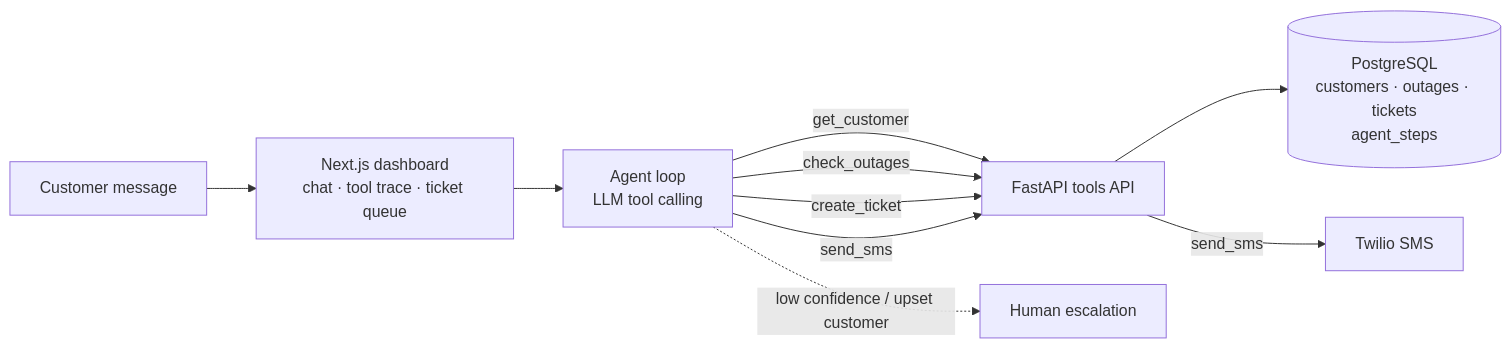
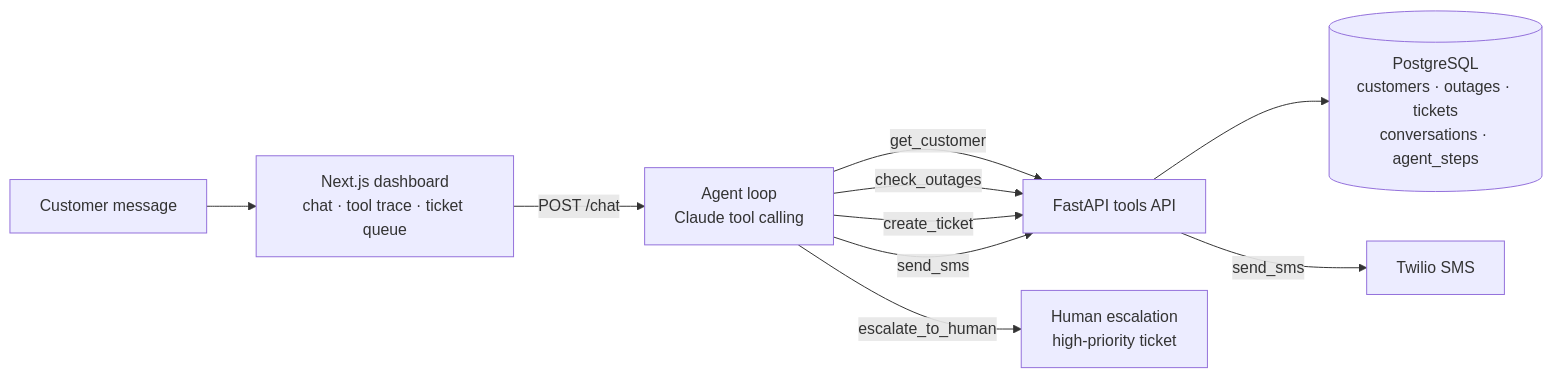
Before and after one commit to chelsaddy/outage_assistant: the diagram in README.md, drawn with Mermaid. The commit also changed other lines of this file, not shown here.

Commit message:
Update README: agent design, API, configuration, development setup

````diff
--- a/README.md
+++ b/README.md
@@ -15,12 +15,12 @@
 ```mermaid
 flowchart LR
     C[Customer message] --> D[Next.js dashboard<br/>chat · tool trace · ticket queue]
-    D --> A[Agent loop<br/>LLM tool calling]
+    D -->|POST /chat| A[Agent loop<br/>Claude tool calling]
     A -->|get_customer| T[FastAPI tools API]
     A -->|check_outages| T
     A -->|create_ticket| T
     A -->|send_sms| T
-    A -. low confidence / upset customer .-> H[Human escalation]
-    T --> P[(PostgreSQL<br/>customers · outages · tickets<br/>agent_steps)]
+    A -->|escalate_to_human| H[Human escalation<br/>high-priority ticket]
+    T --> P[(PostgreSQL<br/>customers · outages · tickets<br/>conversations · agent_steps)]
     T -->|send_sms| S[Twilio SMS]
 ```
````
